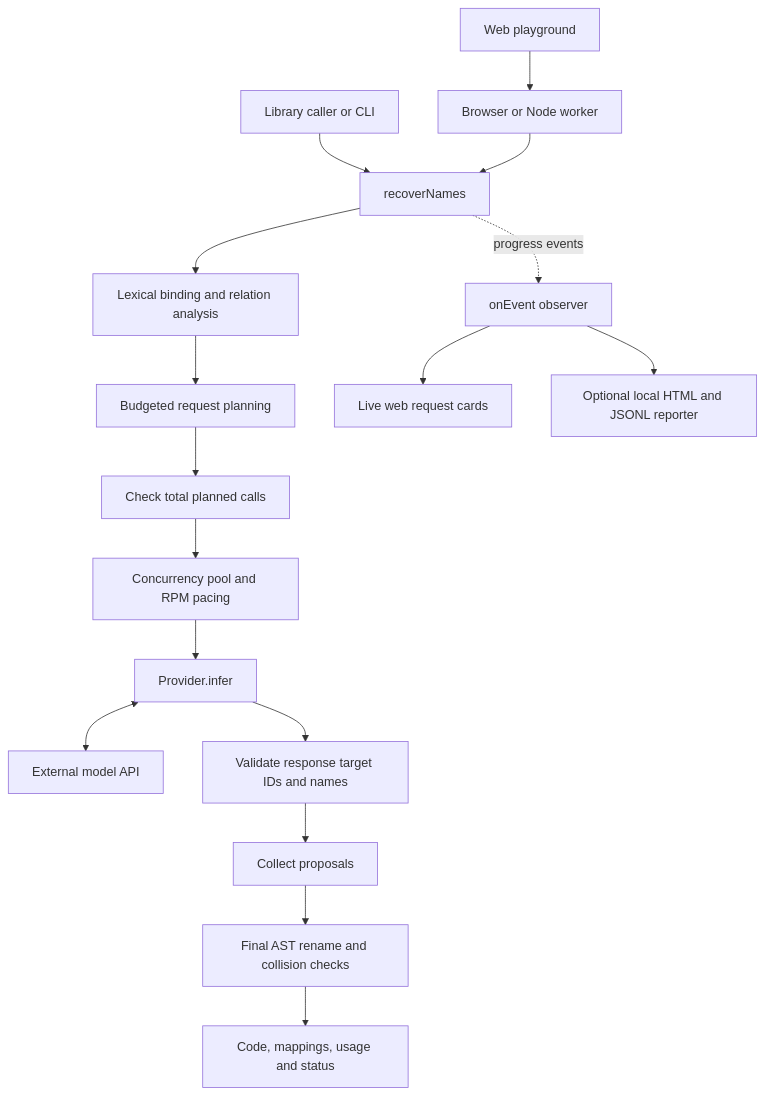
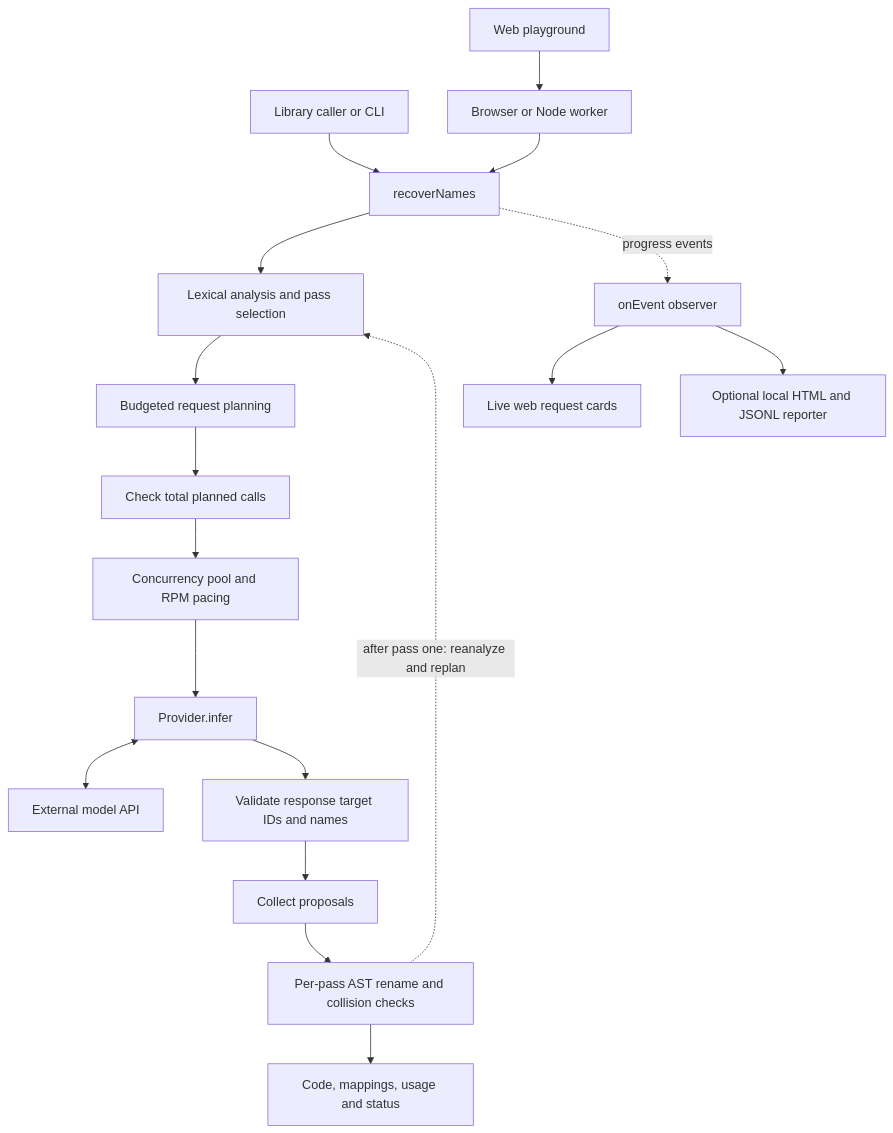
Before and after one commit to 123wwwa/FlowName: the first of 4 diagrams in docs/architecture.md, drawn with Mermaid. The commit also changed other lines of this file and 20 other files, not shown here.

````diff
--- a/docs/architecture.md
+++ b/docs/architecture.md
@@ -11,19 +11,20 @@
 ```mermaid
 flowchart TD
     Caller[Library caller or CLI] --> Core[recoverNames]
     Browser[Web playground] --> Worker[Browser or Node worker]
     Worker --> Core
-    Core --> Analyze[Lexical binding and relation analysis]
+    Core --> Analyze[Lexical analysis and pass selection]
     Analyze --> Plan[Budgeted request planning]
     Plan --> Gate[Check total planned calls]
     Gate --> Schedule[Concurrency pool and RPM pacing]
     Schedule --> Provider[Provider.infer]
     Provider <--> API[External model API]
     Provider --> Validate[Validate response target IDs and names]
     Validate --> Collect[Collect proposals]
-    Collect --> Rename[Final AST rename and collision checks]
+    Collect --> Rename[Per-pass AST rename and collision checks]
+    Rename -. after pass one: reanalyze and replan .-> Analyze
     Rename --> Result[Code, mappings, usage and status]
     Core -. progress events .-> Observer[onEvent observer]
     Observer --> UI[Live web request cards]
     Observer --> Report[Optional local HTML and JSONL reporter]
 ```
````
